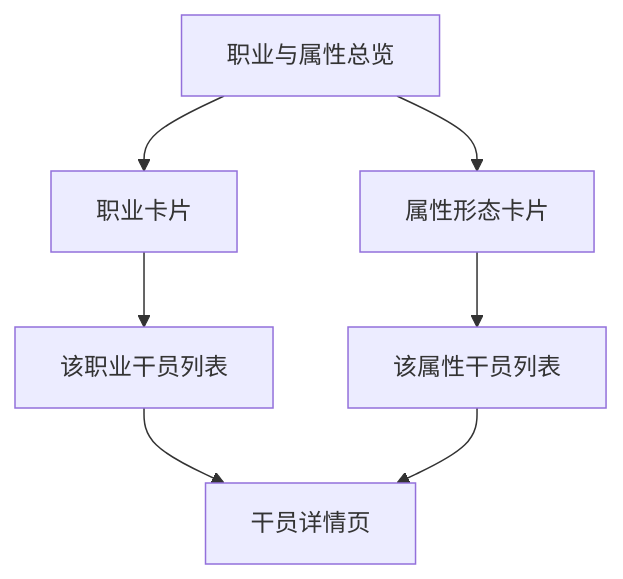
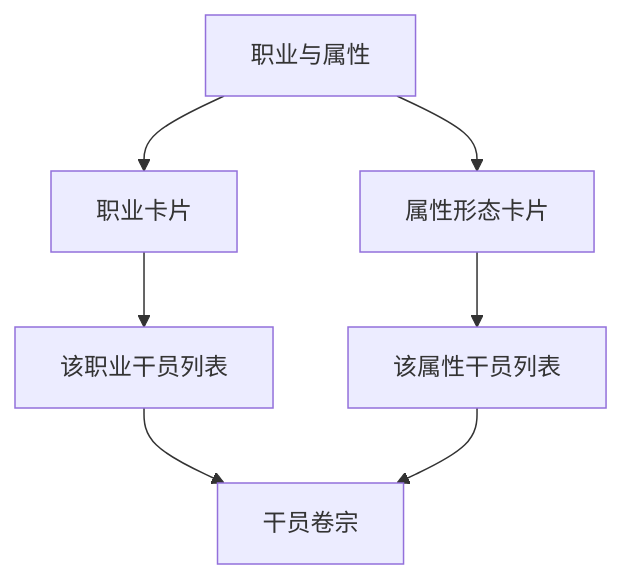
The diagram in docs/product/03-profession-element.md (Deliay/hongshan-archives-bureau), drawn with Mermaid before and after one commit. The commit also changed other lines of this file and 11 other files, not shown here.

````diff
--- a/docs/product/03-profession-element.md
+++ b/docs/product/03-profession-element.md
@@ -37,9 +37,9 @@
 ```mermaid
 flowchart TD
-    A[职业与属性总览] --> B[职业卡片]
+    A[职业与属性] --> B[职业卡片]
     A --> C[属性形态卡片]
     B --> D[该职业干员列表]
     C --> E[该属性干员列表]
-    D --> F[干员详情页]
+    D --> F[干员卷宗]
     E --> F
 ```
````
